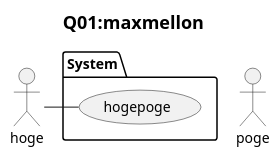
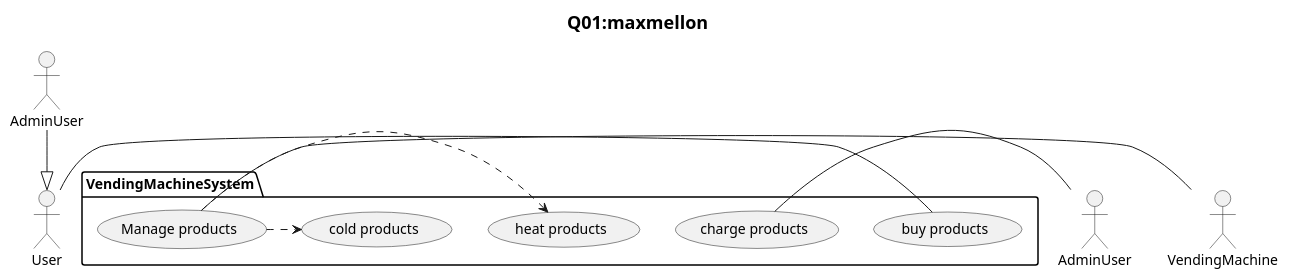
One commit to SLP-ETR-public/plantUML-recture changed the diagram in maxmellon/Q01/Q01.pu. Above: the diagram before and after it, drawn with PlantUML. The commit also changed 1 other file, not shown here.

Commit message:
(maxmellon:Q01) edit usecase diaglam

```diff
--- a/maxmellon/Q01/Q01.pu
+++ b/maxmellon/Q01/Q01.pu
@@ -1,11 +1,21 @@
 @startuml Q01.png
 title <size:18>Q01:maxmellon</size>
-actor hoge
-actor poge
+actor User as user
+actor AdminUser as admin
+actor VendingMachine as vending
+user <|-up- AdminUser
 
-package "System" {
-  usecase (hogepoge) as foo
-  hoge -ri- foo
+package "VendingMachineSystem" {
+  usecase (buy products)    as buyCase
+  usecase (charge products) as chargeCase
+  usecase (Manage products) as manageCase
+  usecase (heat products)   as heat
+  usecase (cold products)   as cold
+
+  user -ri- buyCase
+  admin -ri- chargeCase
+  vending -le- manageCase
+  manageCase .ri.> heat
+  manageCase .ri.> cold
 }
-
 @enduml
```
